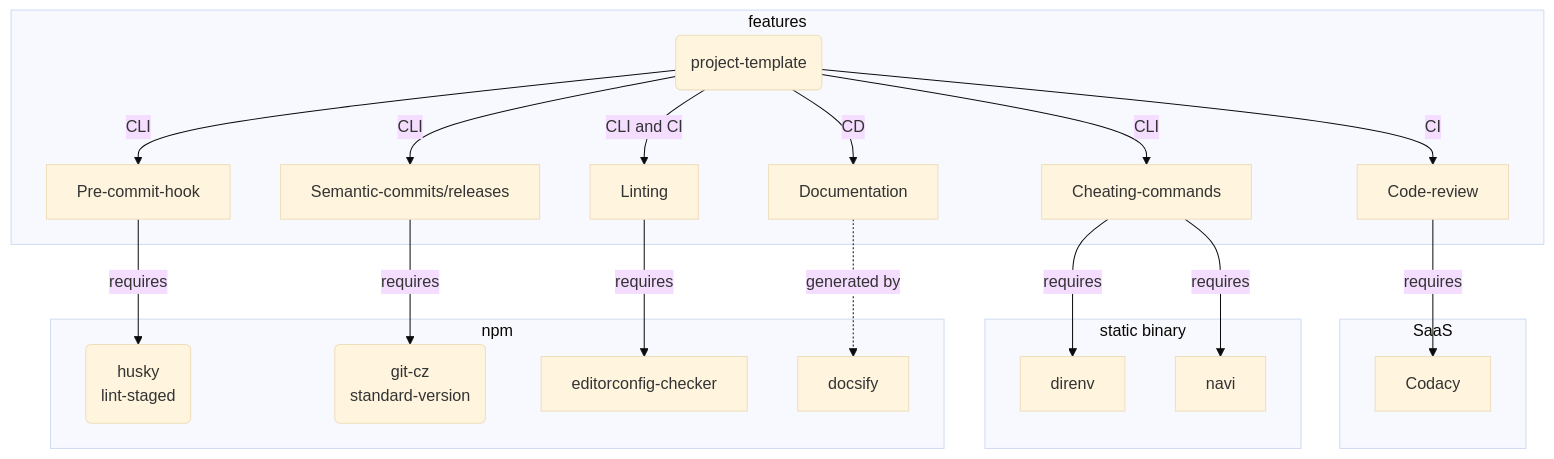
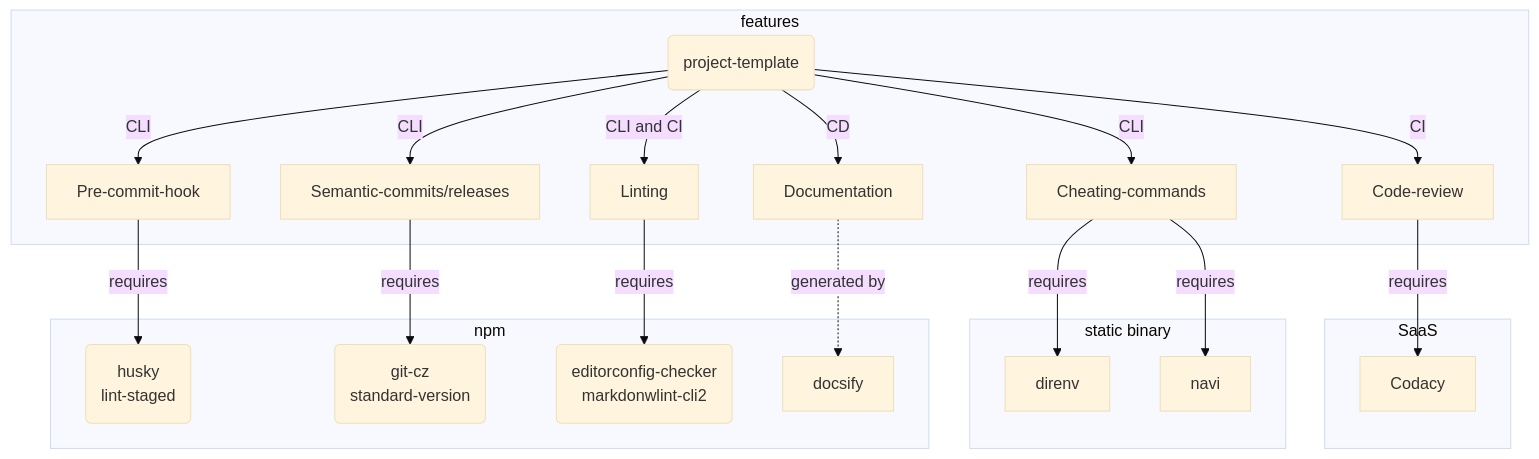
One commit to Torimune29/rust-project-template changed the diagram in README.md. Above: the diagram before and after it, drawn with Mermaid (base theme). The commit also changed other lines of this file and 2 other files, not shown here.

Commit message:
feat: 🎸 add markdownlint-cli2 check

````diff
--- a/README.md
+++ b/README.md
@@ -58,28 +58,29 @@
 ```mermaid
 flowchart TB
     repo(project-template)
     precommit(husky<br>lint-staged)
     commit(git-cz<br>standard-version)
+    lint(editorconfig-checker<br>markdonwlint-cli2)
     repo
     subgraph features
         repo --CLI--> Pre-commit-hook
         repo --CLI--> Cheating-commands
         repo --CLI--> Semantic-commits/releases
         repo --CLI and CI--> Linting
         repo --CI--> Code-review
         repo --CD--> Documentation
     end
     subgraph SaaS
         Code-review --requires--> Codacy
     end
     subgraph static binary
         Cheating-commands --requires--> direnv
         Cheating-commands --requires--> navi
     end
     subgraph npm
         Pre-commit-hook --requires --> precommit
         Semantic-commits/releases --requires-->commit
-        Linting --requires--> editorconfig-checker
+        Linting --requires--> lint
         Documentation -.generated by.-> docsify
     end
 ```
````
